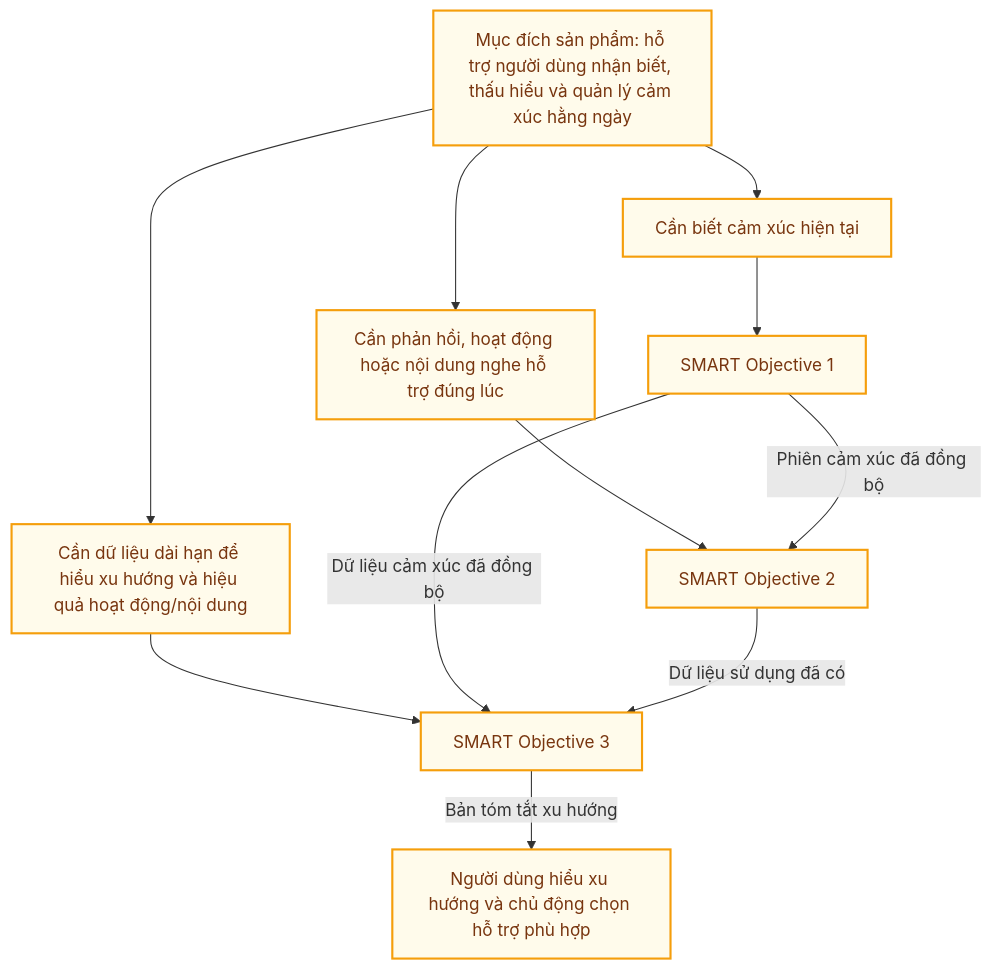
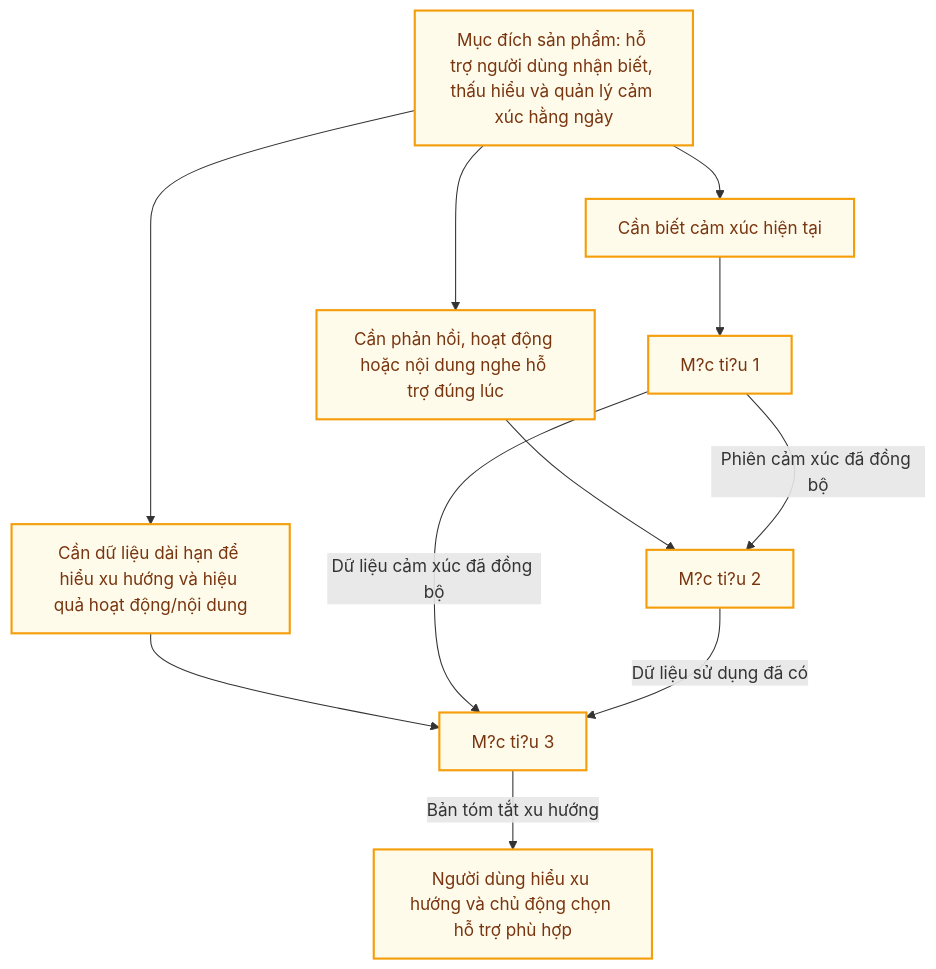
One commit to Computer-Vision-HCMUS/AIoT-Server changed the first of 8 diagrams in docs/Spectification/EmotiCareAIoT/Specification.md. Above: the diagram before and after it, drawn with Mermaid. The commit also changed other lines of this file and 6 other files, not shown here.

````diff
--- a/docs/Spectification/EmotiCareAIoT/Specification.md
+++ b/docs/Spectification/EmotiCareAIoT/Specification.md
@@ -238,31 +211,31 @@
 ```mermaid
 flowchart TD
     Purpose["Mục đích sản phẩm: hỗ trợ người dùng nhận biết, thấu hiểu và quản lý cảm xúc hằng ngày"]
 
     Need1["Cần biết cảm xúc hiện tại"]
     Need2["Cần phản hồi, hoạt động hoặc nội dung nghe hỗ trợ đúng lúc"]
     Need3["Cần dữ liệu dài hạn để hiểu xu hướng và hiệu quả hoạt động/nội dung"]
 
-    Obj1["SMART Objective 1"]
-    Obj2["SMART Objective 2"]
-    Obj3["SMART Objective 3"]
+    Obj1["M?c ti?u 1"]
+    Obj2["M?c ti?u 2"]
+    Obj3["M?c ti?u 3"]
     Insight["Người dùng hiểu xu hướng và chủ động chọn hỗ trợ phù hợp"]
 
     Purpose --> Need1 --> Obj1
     Purpose --> Need2 --> Obj2
     Purpose --> Need3 --> Obj3
 
     Obj1 -->|"Phiên cảm xúc đã đồng bộ"| Obj2
     Obj1 -->|"Dữ liệu cảm xúc đã đồng bộ"| Obj3
     Obj2 -->|"Dữ liệu sử dụng đã có"| Obj3
     Obj3 -->|"Bản tóm tắt xu hướng"| Insight
 
 
     classDef userNode stroke:#818cf8,fill:#eef2ff,stroke-width:2px,color:#1e1b4b
     classDef edgeNode stroke:#a78bfa,fill:#f5f3ff,stroke-width:2px,color:#2e1065
     classDef cacheNode stroke:#2dd4bf,fill:#f0fdfa,stroke-width:2px,color:#0d5a57
     classDef cloudNode stroke:#38bdf8,fill:#f0f9ff,stroke-width:2px,color:#0c3d67
     classDef serviceNode stroke:#4ade80,fill:#f0fdf4,stroke-width:2px,color:#1a3a1a
     classDef actionNode stroke:#f59e0b,fill:#fffbeb,stroke-width:2px,color:#78350f
     class Purpose,Need1,Need2,Need3,Obj1,Obj2,Obj3,Insight actionNode
 ```
````
